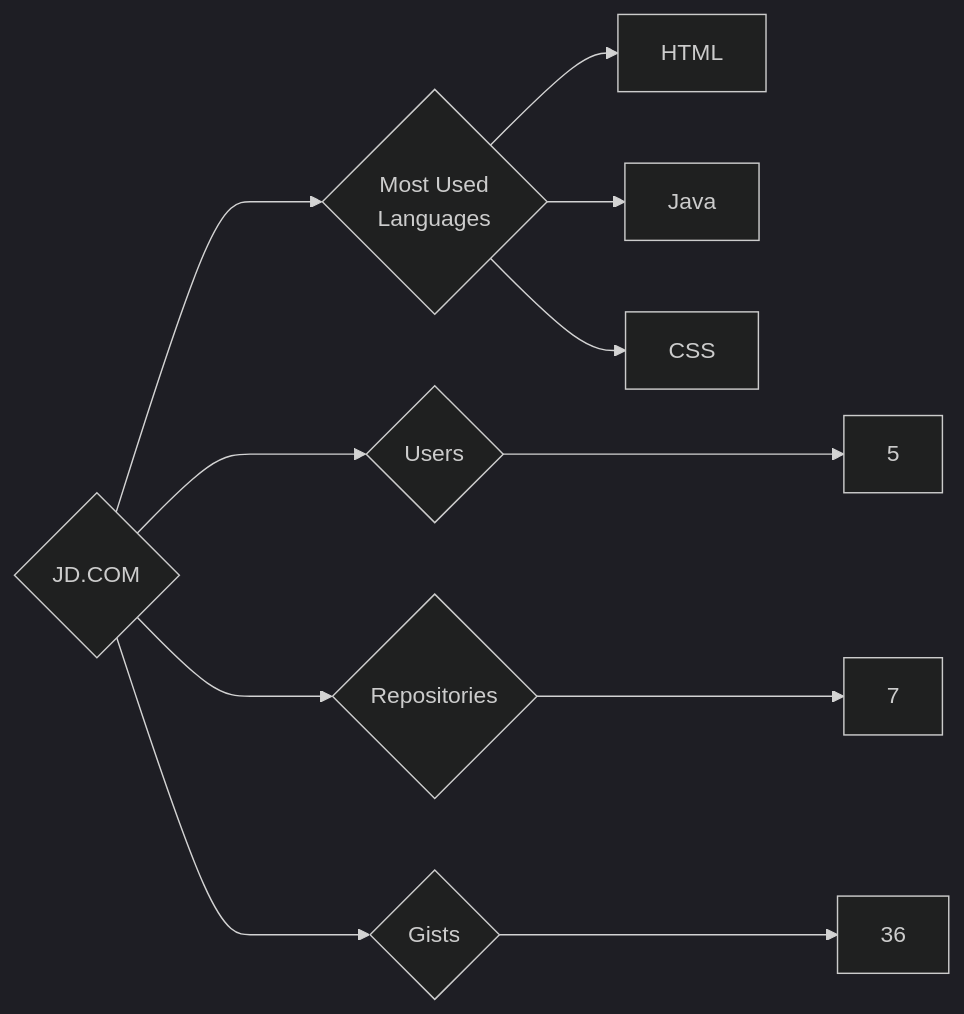
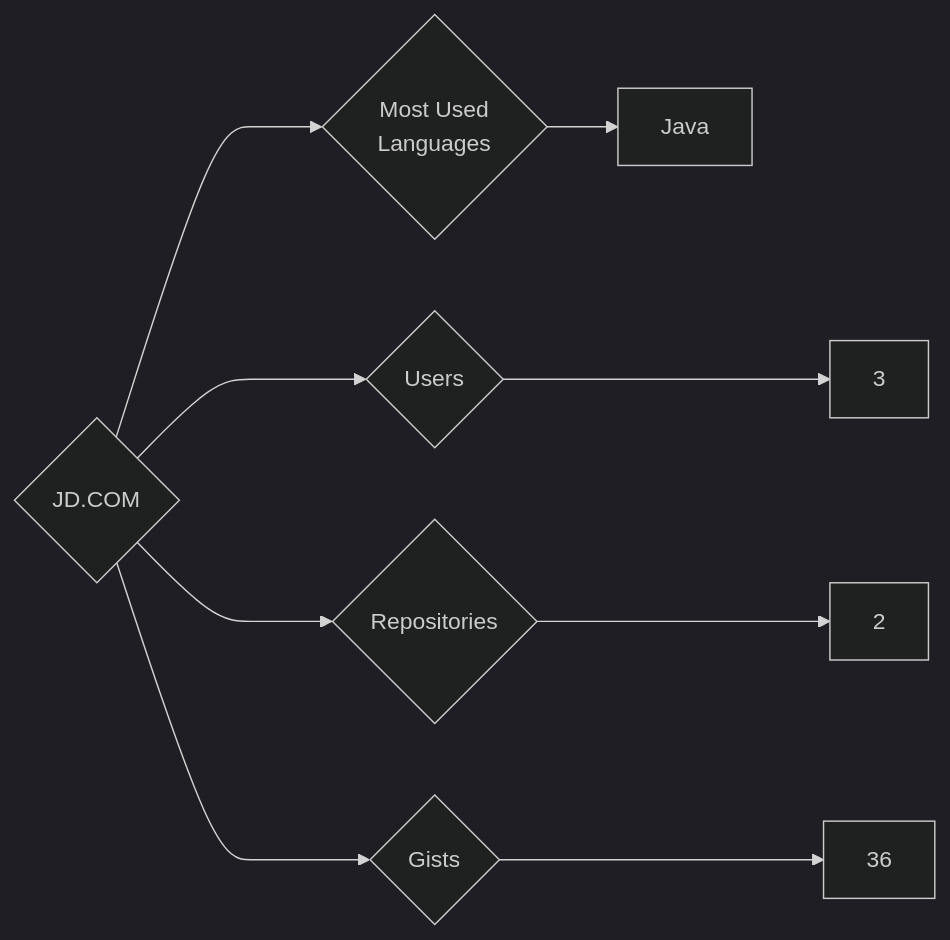
Before and after one commit to trickest/insiders: the diagram in targets/JD.COM/README.md, drawn with Mermaid (dark theme). The commit also changed 715 other files, not shown here.

````diff
--- a/targets/JD.COM/README.md
+++ b/targets/JD.COM/README.md
@@ -3,11 +3,9 @@
 ```mermaid
 graph LR
 COMPANY_NAME{JD.COM}
-COMPANY_NAME ---> U{Users} ---> UN[5]
-COMPANY_NAME ---> R{Repositories} ---> RN[7]
+COMPANY_NAME ---> U{Users} ---> UN[3]
+COMPANY_NAME ---> R{Repositories} ---> RN[2]
 COMPANY_NAME ---> G{Gists} ---> GN[36]
 COMPANY_NAME ---> ML{Most Used<br>Languages}
-ML --> HTML[HTML]
 ML --> Java[Java]
-ML --> CSS[CSS]
 ```
````
